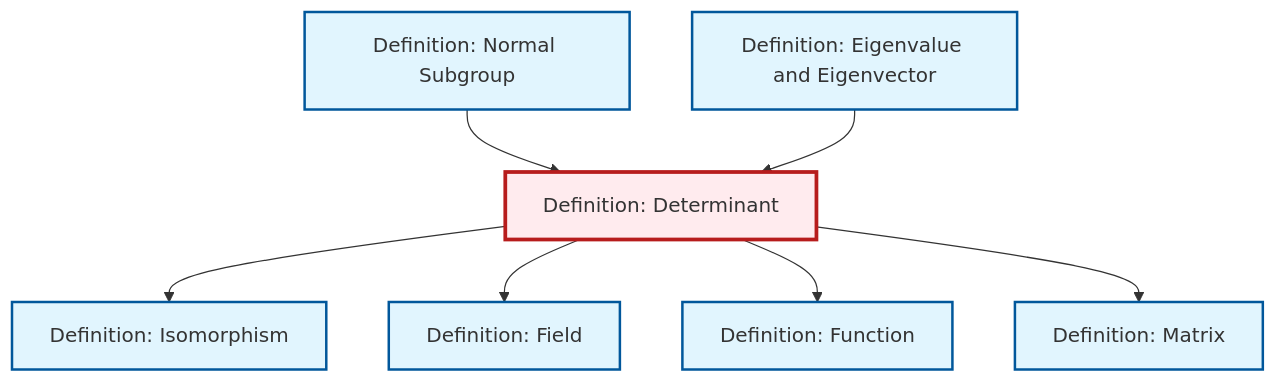
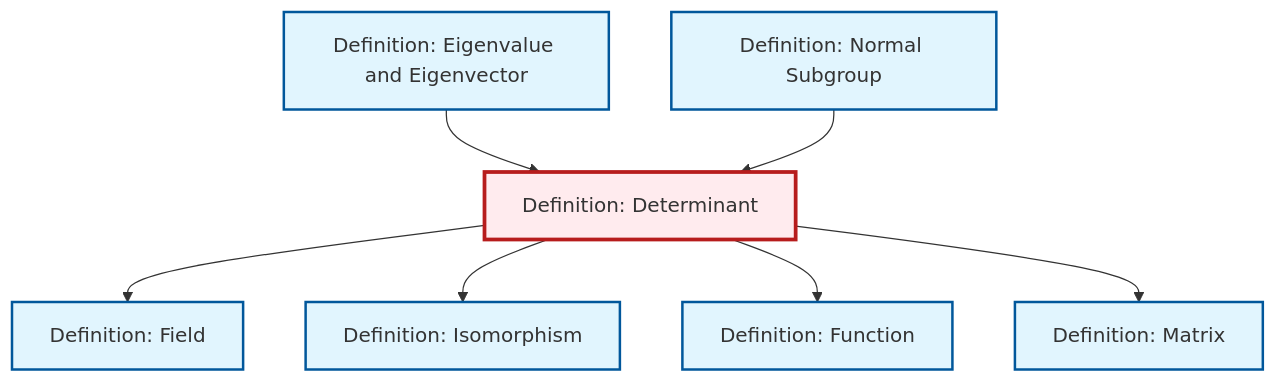
One commit to RK0429/ModernMath changed the diagram in content/en/algebra/def-determinant.qmd. Above: the diagram before and after it, drawn with Mermaid. The commit also changed other lines of this file and 328 other files, not shown here.

````diff
--- a/content/en/algebra/def-determinant.qmd
+++ b/content/en/algebra/def-determinant.qmd
@@ -81,29 +81,29 @@
 ```{mermaid}
 %%| fig-cap: "Local dependency graph"
 graph TD
     classDef definition fill:#e1f5fe,stroke:#01579b,stroke-width:2px
     classDef theorem fill:#f3e5f5,stroke:#4a148c,stroke-width:2px
     classDef axiom fill:#fff3e0,stroke:#e65100,stroke-width:2px
     classDef example fill:#e8f5e9,stroke:#1b5e20,stroke-width:2px
     classDef current fill:#ffebee,stroke:#b71c1c,stroke-width:3px
+    def-field["Definition: Field"]:::definition
     def-normal-subgroup["Definition: Normal Subgroup"]:::definition
+    def-function["Definition: Function"]:::definition
+    def-isomorphism["Definition: Isomorphism"]:::definition
+    def-eigenvalue-eigenvector["Definition: Eigenvalue and Eigenvector"]:::definition
+    def-matrix["Definition: Matrix"]:::definition
     def-determinant["Definition: Determinant"]:::definition
-    def-eigenvalue-eigenvector["Definition: Eigenvalue and Eigenvector"]:::definition
-    def-isomorphism["Definition: Isomorphism"]:::definition
-    def-function["Definition: Function"]:::definition
-    def-matrix["Definition: Matrix"]:::definition
-    def-field["Definition: Field"]:::definition
+    def-determinant --> def-field
+    def-eigenvalue-eigenvector --> def-determinant
+    def-determinant --> def-isomorphism
     def-normal-subgroup --> def-determinant
-    def-determinant --> def-isomorphism
-    def-determinant --> def-field
     def-determinant --> def-function
     def-determinant --> def-matrix
-    def-eigenvalue-eigenvector --> def-determinant
     class def-determinant current
+    click def-field "def-field.html" "Go to Field definition"
     click def-normal-subgroup "def-normal-subgroup.html" "Go to Normal Subgroup definition"
+    click def-function "def-function.html" "Go to Function definition"
+    click def-isomorphism "def-isomorphism.html" "Go to Isomorphism definition"
     click def-eigenvalue-eigenvector "def-eigenvalue-eigenvector.html" "Go to Eigenvalue and Eigenvector definition"
-    click def-isomorphism "def-isomorphism.html" "Go to Isomorphism definition"
-    click def-function "def-function.html" "Go to Function definition"
     click def-matrix "def-matrix.html" "Go to Matrix definition"
-    click def-field "def-field.html" "Go to Field definition"
 ```
````
